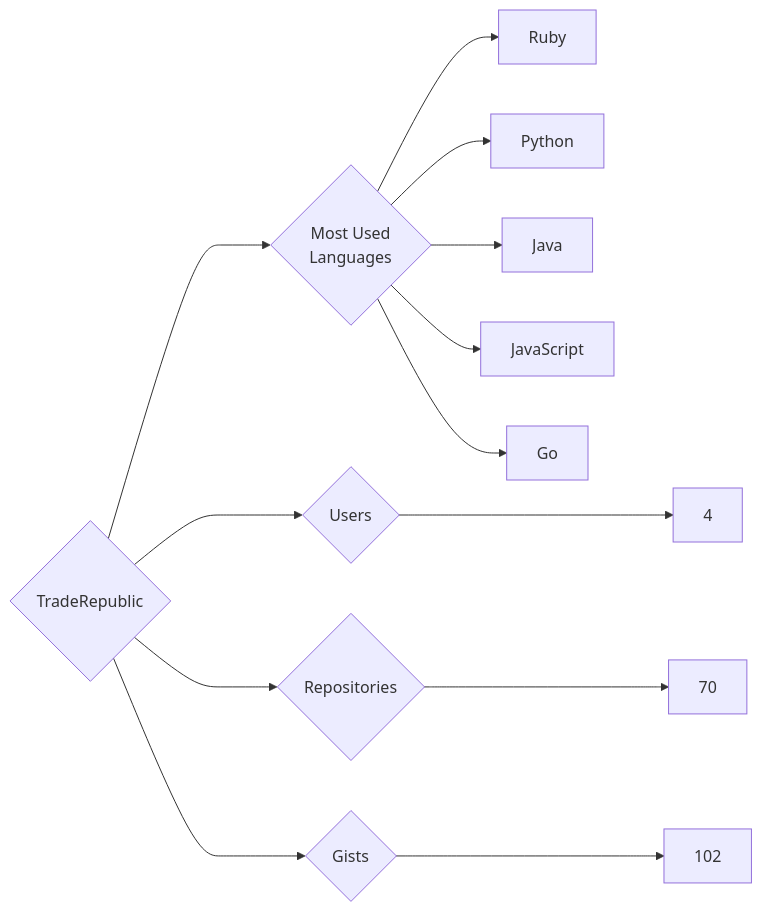
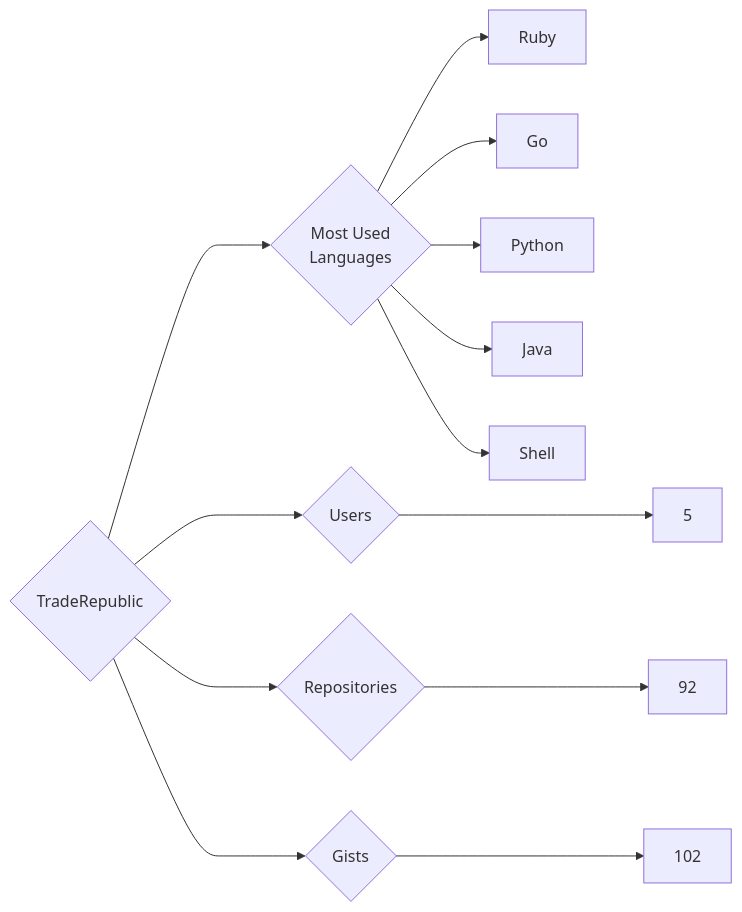
The diagram in targets/TradeRepublic/README.md (trickest/insiders), drawn with Mermaid before and after one commit. The commit also changed 878 other files, not shown here.

````diff
--- a/targets/TradeRepublic/README.md
+++ b/targets/TradeRepublic/README.md
@@ -3,13 +3,13 @@
 ```mermaid
 graph LR
 COMPANY_NAME{TradeRepublic}
-COMPANY_NAME ---> U{Users} ---> UN[4]
-COMPANY_NAME ---> R{Repositories} ---> RN[70]
+COMPANY_NAME ---> U{Users} ---> UN[5]
+COMPANY_NAME ---> R{Repositories} ---> RN[92]
 COMPANY_NAME ---> G{Gists} ---> GN[102]
 COMPANY_NAME ---> ML{Most Used<br>Languages}
 ML --> Ruby[Ruby]
+ML --> Go[Go]
 ML --> Python[Python]
 ML --> Java[Java]
-ML --> JavaScript[JavaScript]
-ML --> Go[Go]
+ML --> Shell[Shell]
 ```
````
